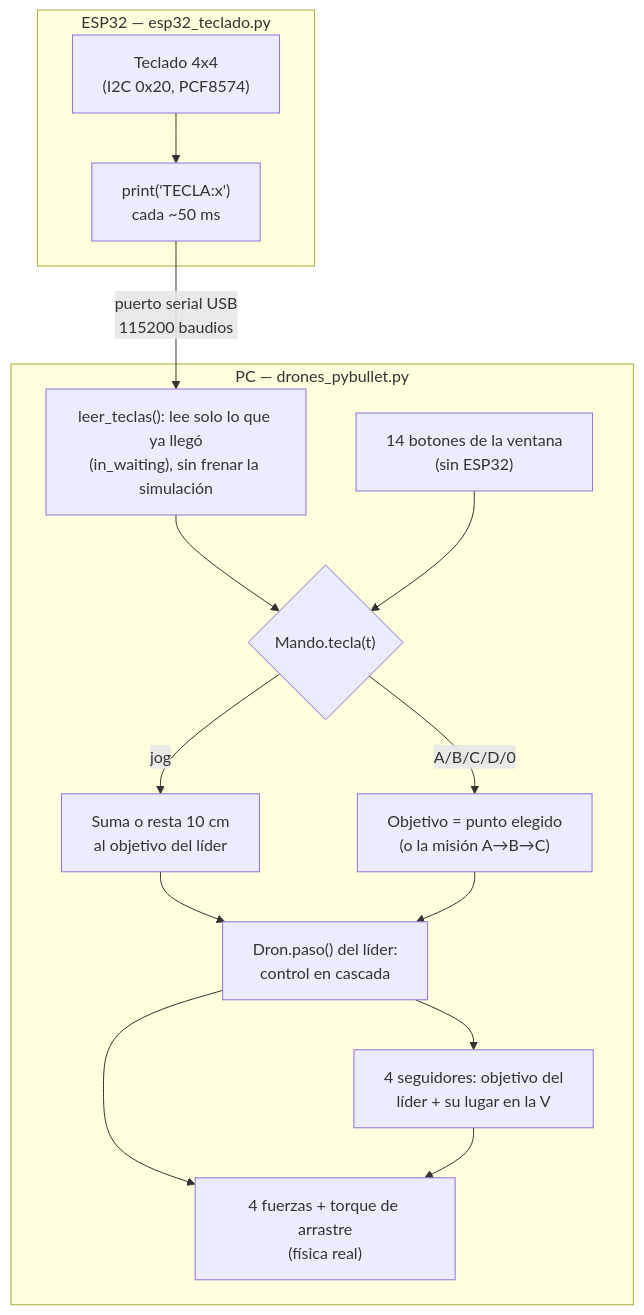
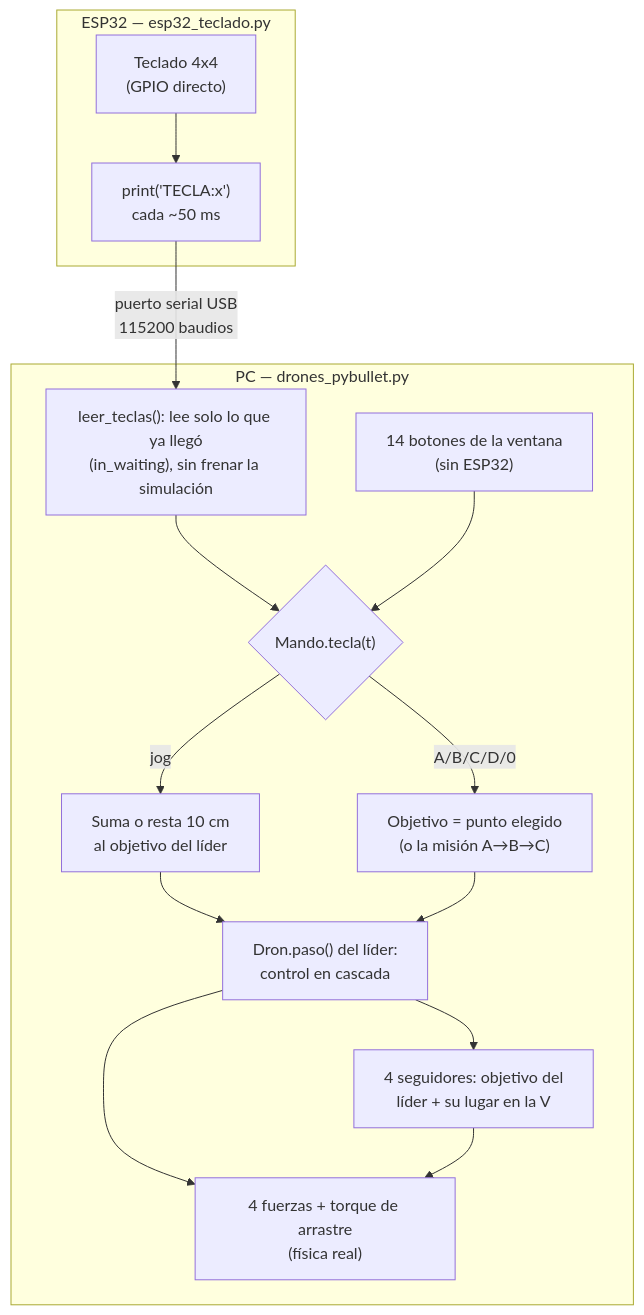
Before and after one commit to Dathinel/Sensores-Teoria: the second of 3 diagrams in 9-taller-segundo-corte/punto-a-drones-waypoints/README.md, drawn with Mermaid. The commit also changed other lines of this file and 34 other files, not shown here.

First line of the commit message:
Taller segundo corte: Baxter y Atlas reales, teclado por GPIO, videos y montaje

````diff
--- a/9-taller-segundo-corte/punto-a-drones-waypoints/README.md
+++ b/9-taller-segundo-corte/punto-a-drones-waypoints/README.md
@@ -113,20 +113,20 @@
 ```mermaid
 flowchart TD
     subgraph ESP["ESP32 — esp32_teclado.py"]
-        Teclado["Teclado 4x4<br/>(I2C 0x20, PCF8574)"] --> Envia["print('TECLA:x')<br/>cada ~50 ms"]
+        Teclado["Teclado 4x4<br/>(GPIO directo)"] --> Envia["print('TECLA:x')<br/>cada ~50 ms"]
     end
 
     Envia -->|"puerto serial USB<br/>115200 baudios"| Recibe
 
     subgraph PC["PC — drones_pybullet.py"]
         Recibe["leer_teclas(): lee solo lo que ya llegó<br/>(in_waiting), sin frenar la simulación"] --> Interpreta{"Mando.tecla(t)"}
         Botones["14 botones de la ventana<br/>(sin ESP32)"] --> Interpreta
         Interpreta -->|"jog"| Objetivo["Suma o resta 10 cm<br/>al objetivo del líder"]
         Interpreta -->|"A/B/C/D/0"| ObjetivoDirecto["Objetivo = punto elegido<br/>(o la misión A→B→C)"]
         Objetivo --> Control["Dron.paso() del líder:<br/>control en cascada"]
         ObjetivoDirecto --> Control
         Control --> Motores["4 fuerzas + torque de arrastre<br/>(física real)"]
         Control --> Seguidores["4 seguidores: objetivo del<br/>líder + su lugar en la V"]
         Seguidores --> Motores
     end
 ```
````
